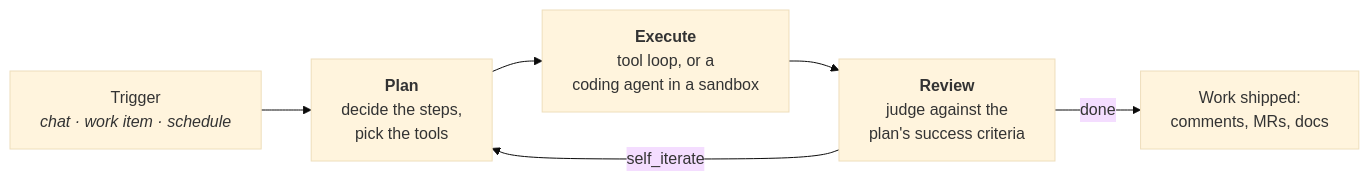
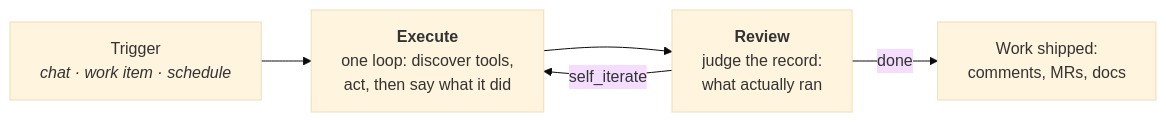
Before and after one commit to crewlet/crewlet: the first of 2 diagrams in README.md, drawn with Mermaid (base theme). The commit also changed other lines of this file and 194 other files, not shown here.

````diff
--- a/README.md
+++ b/README.md
@@ -86,8 +87,7 @@
 ```mermaid
 flowchart LR
-    T["Trigger<br/><i>chat · work item · schedule</i>"] --> P
-    P["<b>Plan</b><br/>decide the steps,<br/>pick the tools"] --> E["<b>Execute</b><br/>tool loop, or a<br/>coding agent in a sandbox"]
-    E --> R["<b>Review</b><br/>judge against the<br/>plan's success criteria"]
+    T["Trigger<br/><i>chat · work item · schedule</i>"] --> E
+    E["<b>Execute</b><br/>one loop: discover tools,<br/>act, then say what it did"] --> R["<b>Review</b><br/>judge the record:<br/>what actually ran"]
     R -->|done| S["Work shipped:<br/>comments, MRs, docs"]
-    R -->|self_iterate| P
+    R -->|self_iterate| E
 ```
````
